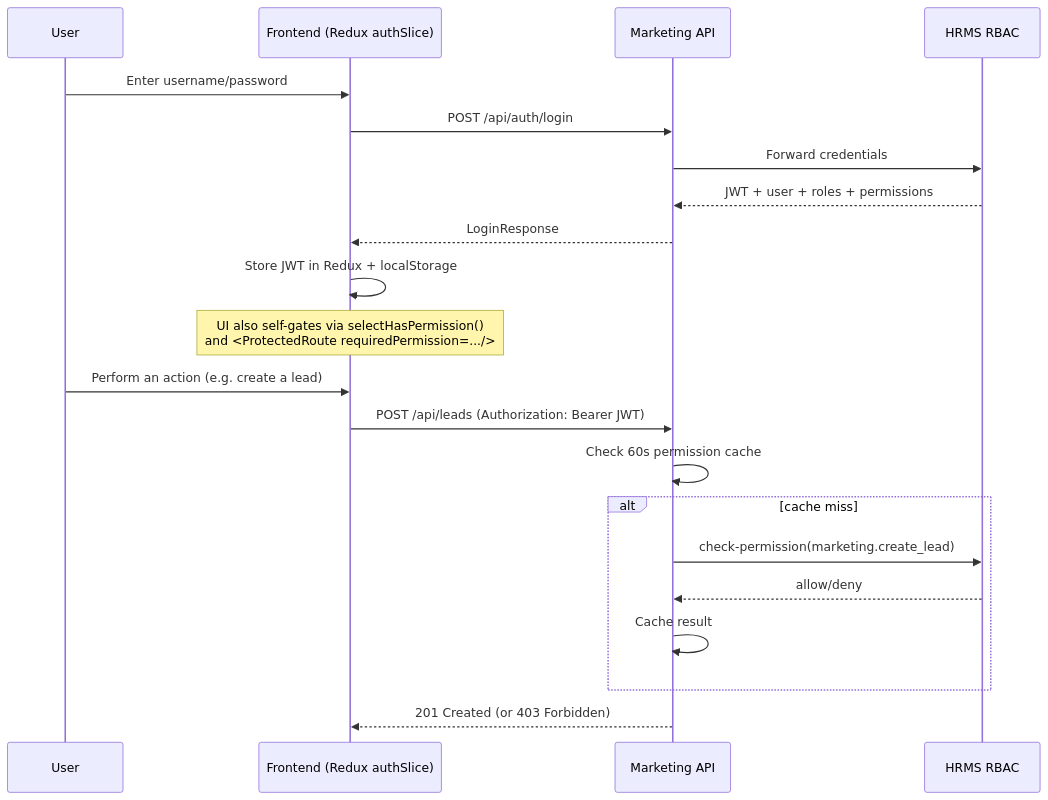
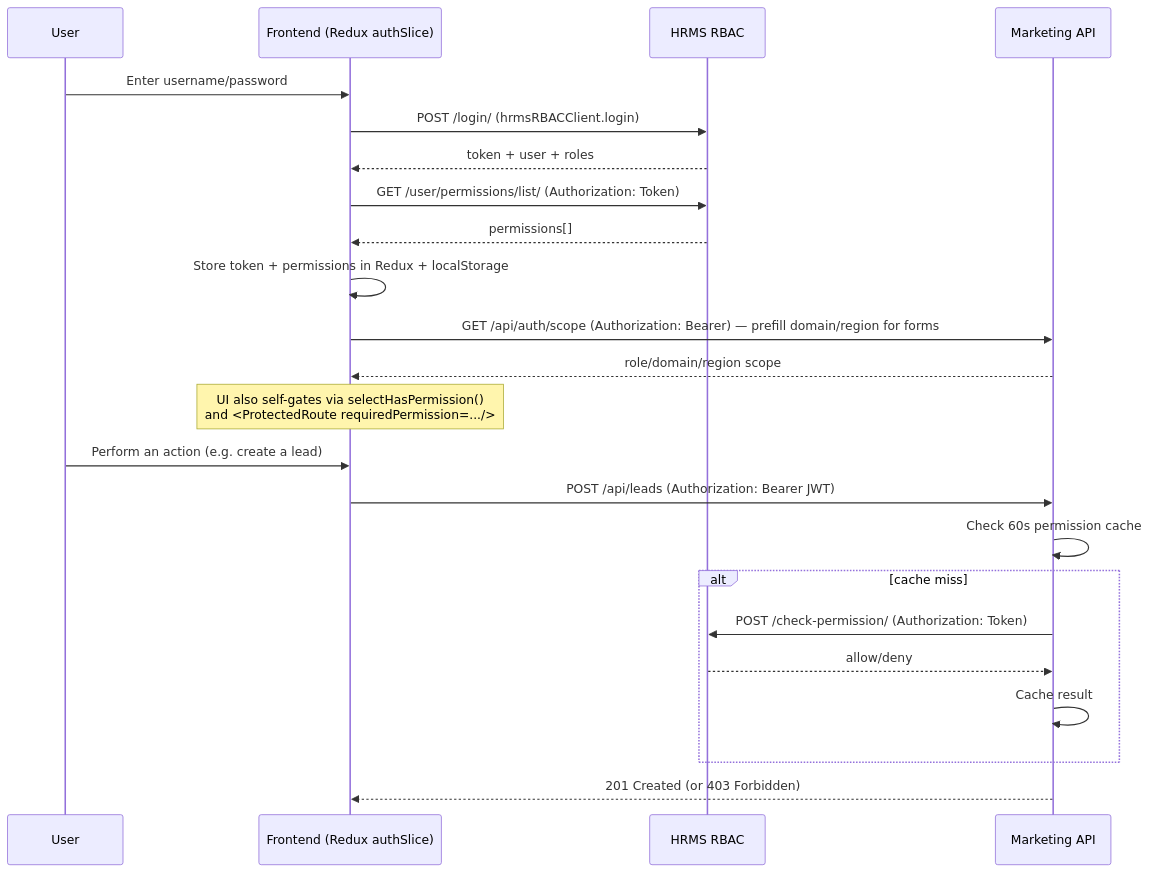
One commit to Beforth/au-marketing-fe changed the second of 2 diagrams in docs/README.md. Above: the diagram before and after it, drawn with Mermaid. The commit also changed other lines of this file and 4 other files, not shown here.

````diff
--- a/docs/README.md
+++ b/docs/README.md
@@ -98,25 +96,27 @@
 ```mermaid
 sequenceDiagram
     participant U as User
     participant FE as Frontend (Redux authSlice)
+    participant HRMS as HRMS RBAC
     participant API as Marketing API
-    participant HRMS as HRMS RBAC
 
     U->>FE: Enter username/password
-    FE->>API: POST /api/auth/login
-    API->>HRMS: Forward credentials
-    HRMS-->>API: JWT + user + roles + permissions
-    API-->>FE: LoginResponse
-    FE->>FE: Store JWT in Redux + localStorage
+    FE->>HRMS: POST /login/ (hrmsRBACClient.login)
+    HRMS-->>FE: token + user + roles
+    FE->>HRMS: GET /user/permissions/list/ (Authorization: Token)
+    HRMS-->>FE: permissions[]
+    FE->>FE: Store token + permissions in Redux + localStorage
+    FE->>API: GET /api/auth/scope (Authorization: Bearer) — prefill domain/region for forms
+    API-->>FE: role/domain/region scope
     Note over FE: UI also self-gates via selectHasPermission()<br/>and <ProtectedRoute requiredPermission=.../>
 
     U->>FE: Perform an action (e.g. create a lead)
     FE->>API: POST /api/leads (Authorization: Bearer JWT)
     API->>API: Check 60s permission cache
     alt cache miss
-        API->>HRMS: check-permission(marketing.create_lead)
+        API->>HRMS: POST /check-permission/ (Authorization: Token)
         HRMS-->>API: allow/deny
         API->>API: Cache result
     end
     API-->>FE: 201 Created (or 403 Forbidden)
 ```
````
